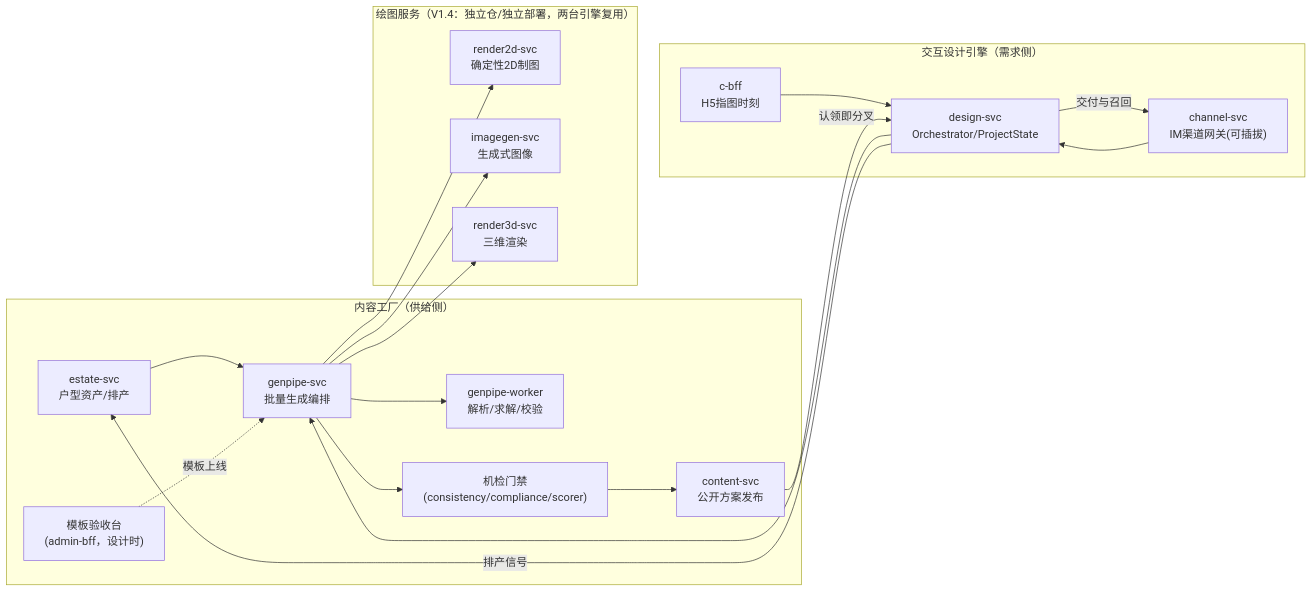
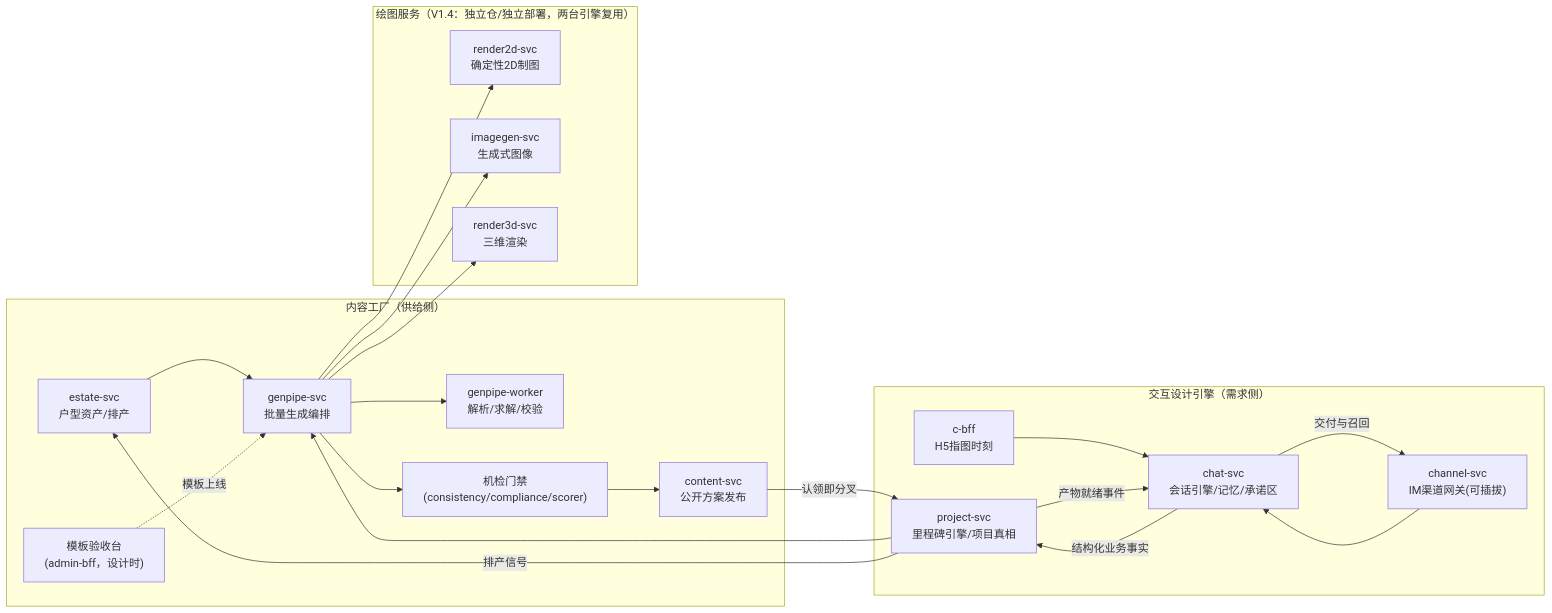
The diagram in 架构对齐-设计Agent×技术架构.md (tommax-bai/ishome), drawn with Mermaid before and after one commit. The commit also changed other lines of this file and 3 other files, not shown here.

First line of the commit message:
docs: V1.5 裁决——design-svc 拆为 chat-svc + project-svc；里程碑引擎事件驱动；沟通助手 v0.3 收录

````diff
--- a/架构对齐-设计Agent×技术架构.md
+++ b/架构对齐-设计Agent×技术架构.md
@@ -36,26 +36,28 @@
 ```mermaid
 flowchart LR
     subgraph supply["内容工厂（供给侧）"]
         ES["estate-svc<br/>户型资产/排产"] --> GP["genpipe-svc<br/>批量生成编排"]
         GP --> GW["genpipe-worker<br/>解析/求解/校验"]
         GP --> MC["机检门禁<br/>(consistency/compliance/scorer)"]
         MC --> CT["content-svc<br/>公开方案发布"]
         TW["模板验收台<br/>(admin-bff，设计时)"] -.模板上线.-> GP
     end
     subgraph demand["交互设计引擎（需求侧）"]
-        CH["channel-svc<br/>IM渠道网关(可插拔)"] --> DS["design-svc<br/>Orchestrator/ProjectState"]
-        CB["c-bff<br/>H5指图时刻"] --> DS
-        DS --> GP
+        CH["channel-svc<br/>IM渠道网关(可插拔)"] --> CS["chat-svc<br/>会话引擎/记忆/承诺区"]
+        CB["c-bff<br/>H5指图时刻"] --> CS
+        CS -- "结构化业务事实" --> PS["project-svc<br/>里程碑引擎/项目真相"]
+        PS --> GP
     end
     subgraph render["绘图服务（V1.4：独立仓/独立部署，两台引擎复用）"]
         R2["render2d-svc<br/>确定性2D制图"]
         IG["imagegen-svc<br/>生成式图像"]
         R3["render3d-svc<br/>三维渲染"]
     end
     GP --> R2
     GP --> IG
     GP --> R3
-    CT -- "认领即分叉" --> DS
-    DS -- "排产信号" --> ES
-    DS -- "交付与召回" --> CH
+    CT -- "认领即分叉" --> PS
+    PS -- "排产信号" --> ES
+    PS -- "产物就绪事件" --> CS
+    CS -- "交付与召回" --> CH
 ```
````
